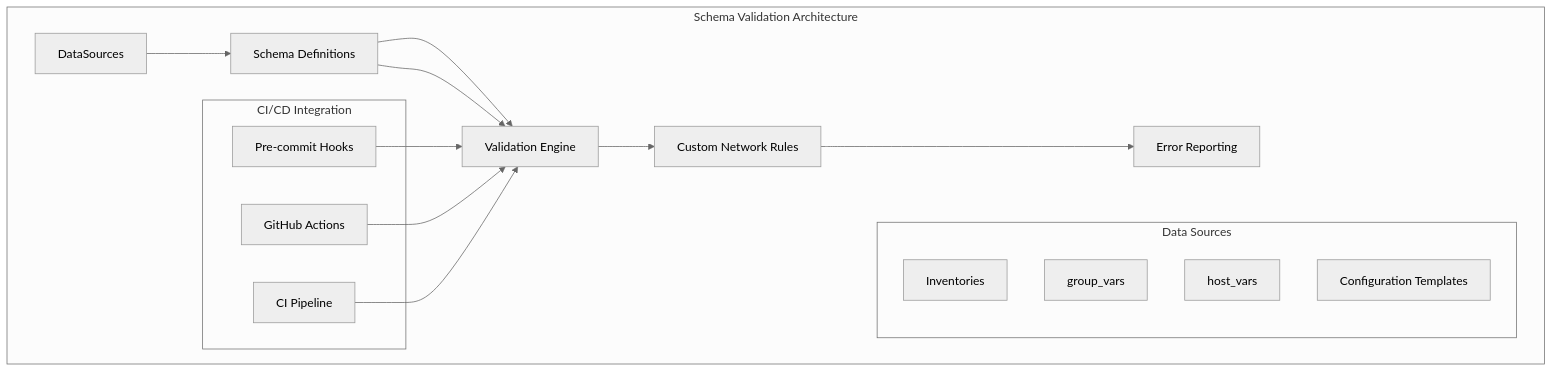
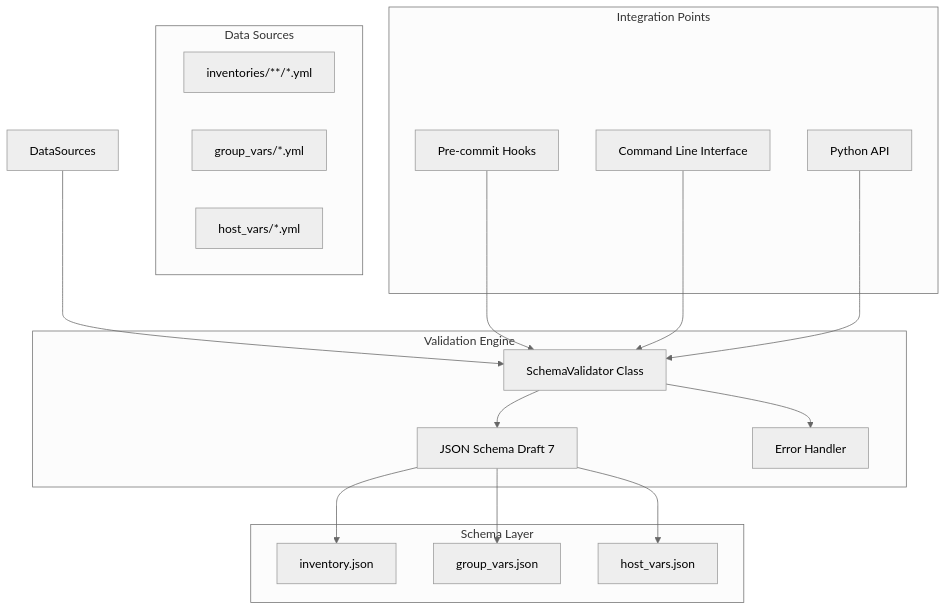
The diagram in .qoder/repowiki/en/content/Operational Excellence/Testing Strategy/Schema Validation.md (shakthi-vinayak/network-automation), drawn with Mermaid (neutral theme) before and after one commit. The commit also changed other lines of this file and 144 other files, not shown here.

````diff
--- a/.qoder/repowiki/en/content/Operational Excellence/Testing Strategy/Schema Validation.md
+++ b/.qoder/repowiki/en/content/Operational Excellence/Testing Strategy/Schema Validation.md
@@ -30,24 +47,32 @@
 ```mermaid
 graph TB
-subgraph "Schema Validation Architecture"
-Schemas[Schema Definitions] --> Validators[Validation Engine]
-Validators --> CustomRules[Custom Network Rules]
-CustomRules --> ErrorReporting[Error Reporting]
+subgraph "Schema Layer"
+InventorySchema[inventory.json]
+GroupVarsSchema[group_vars.json]
+HostVarsSchema[host_vars.json]
+end
+subgraph "Validation Engine"
+SchemaValidator[SchemaValidator Class]
+Draft7Validator[JSON Schema Draft 7]
+ValidationError[Error Handler]
+end
 subgraph "Data Sources"
-Inventories[Inventories]
-GroupVars[group_vars]
-HostVars[host_vars]
-Templates[Configuration Templates]
+Inventories[inventories/**/*.yml]
+GroupVars[group_vars/*.yml]
+HostVars[host_vars/*.yml]
 end
-subgraph "CI/CD Integration"
+subgraph "Integration Points"
 PreCommit[Pre-commit Hooks]
-GitHubActions[GitHub Actions]
-Pipeline[CI Pipeline]
+CLI[Command Line Interface]
+API[Python API]
 end
-DataSources --> Schemas
-Schemas --> Validators
-PreCommit --> Validators
-GitHubActions --> Validators
-Pipeline --> Validators
-end
+DataSources --> SchemaValidator
+SchemaValidator --> Draft7Validator
+Draft7Validator --> InventorySchema
+Draft7Validator --> GroupVarsSchema
+Draft7Validator --> HostVarsSchema
+SchemaValidator --> ValidationError
+PreCommit --> SchemaValidator
+CLI --> SchemaValidator
+API --> SchemaValidator
 ```
````
